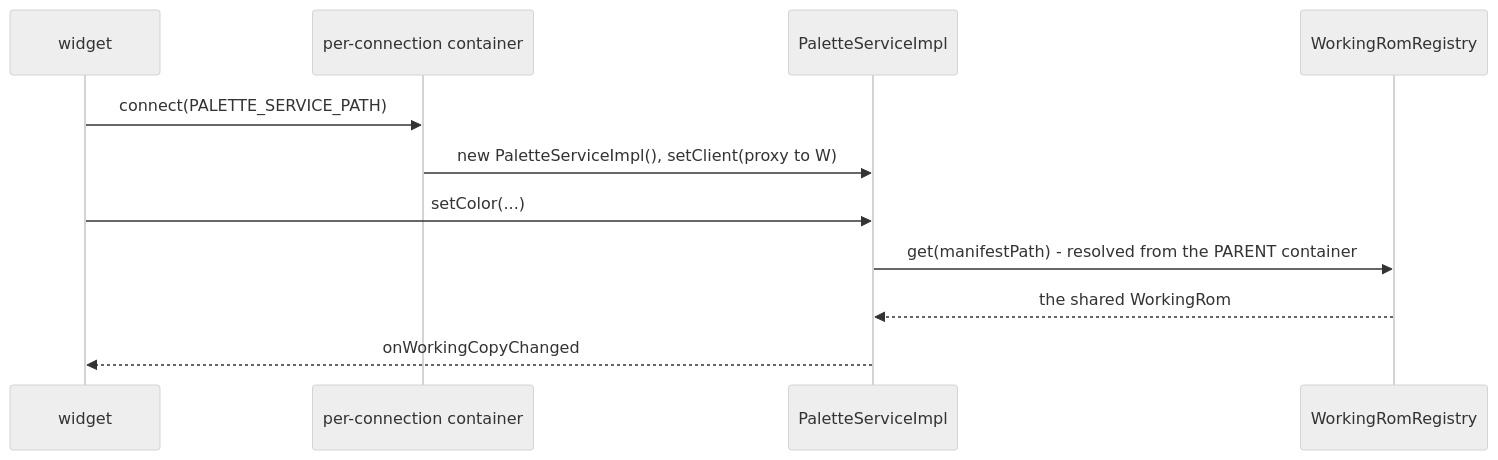
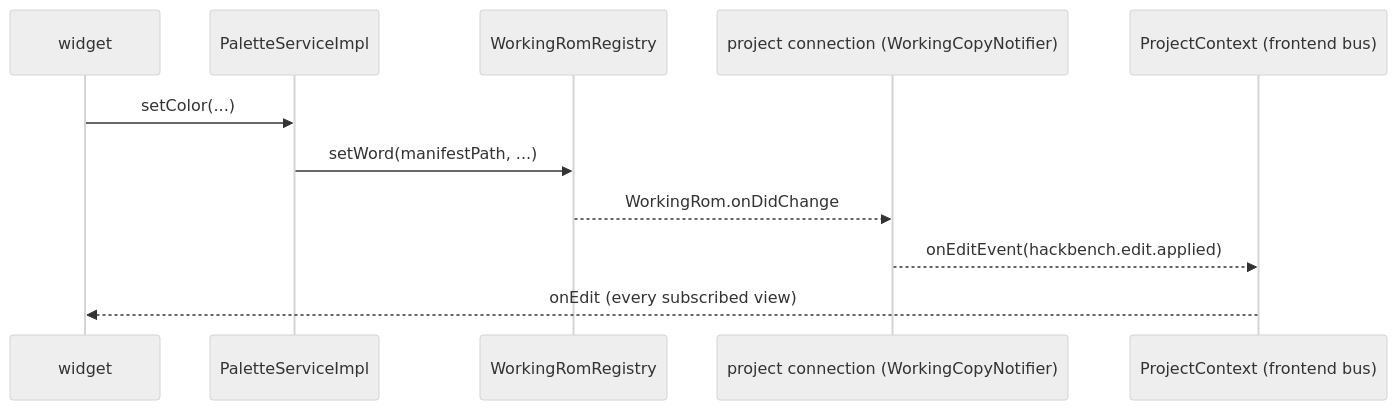
One commit to en-gen/hackbench changed the second of 2 diagrams in docs/architecture/theia-shell.md. Above: the diagram before and after it, drawn with Mermaid (neutral theme). The commit also changed other lines of this file and 45 other files, not shown here.

Commit message:
One edit event (CloudEvents-shaped) on the project connection and one ROM-changed event; Maps no longer subscribes to edits (#576)

````diff
--- a/docs/architecture/theia-shell.md
+++ b/docs/architecture/theia-shell.md
@@ -89,14 +90,14 @@
 ```mermaid
 sequenceDiagram
     participant W as widget
-    participant CC as per-connection container
-    participant S as PaletteServiceImpl
+    participant P as PaletteServiceImpl
     participant R as WorkingRomRegistry
+    participant N as project connection (WorkingCopyNotifier)
+    participant C as ProjectContext (frontend bus)
 
-    W->>CC: connect(PALETTE_SERVICE_PATH)
-    CC->>S: new PaletteServiceImpl(), setClient(proxy to W)
-    W->>S: setColor(...)
-    S->>R: get(manifestPath) - resolved from the PARENT container
-    R-->>S: the shared WorkingRom
-    S-->>W: onWorkingCopyChanged
+    W->>P: setColor(...)
+    P->>R: setWord(manifestPath, ...)
+    R-->>N: WorkingRom.onDidChange
+    N-->>C: onEditEvent(hackbench.edit.applied)
+    C-->>W: onEdit (every subscribed view)
 ```
````
